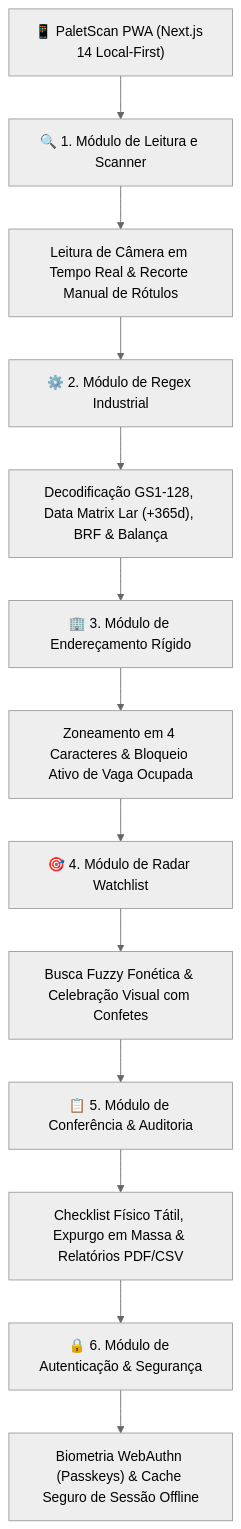
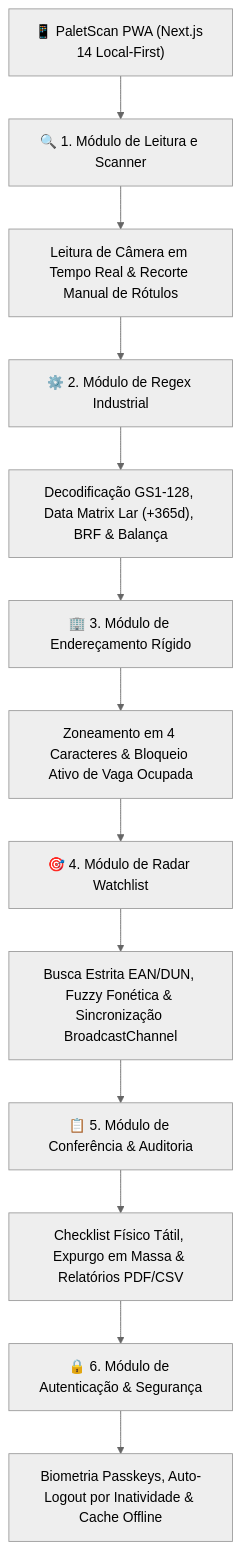
Before and after one commit to NaejBarbosa/paletscan-etl: the diagram in docs/pwa-visao-geral.md, drawn with Mermaid (neutral theme). The commit also changed other lines of this file and 25 other files, not shown here.

````diff
--- a/docs/pwa-visao-geral.md
+++ b/docs/pwa-visao-geral.md
@@ -11,22 +11,22 @@
 ```mermaid
 flowchart TD
     APP["📱 PaletScan PWA (Next.js 14 Local-First)"]
 
     APP --> M1["🔍 1. Módulo de Leitura e Scanner"]
     M1 --> D1["Leitura de Câmera em Tempo Real & Recorte Manual de Rótulos"]
 
     D1 --> M2["⚙️ 2. Módulo de Regex Industrial"]
     M2 --> D2["Decodificação GS1-128, Data Matrix Lar (+365d), BRF & Balança"]
 
     D2 --> M3["🏢 3. Módulo de Endereçamento Rígido"]
     M3 --> D3["Zoneamento em 4 Caracteres & Bloqueio Ativo de Vaga Ocupada"]
 
     D3 --> M4["🎯 4. Módulo de Radar Watchlist"]
-    M4 --> D4["Busca Fuzzy Fonética & Celebração Visual com Confetes"]
+    M4 --> D4["Busca Estrita EAN/DUN, Fuzzy Fonética & Sincronização BroadcastChannel"]
 
     D4 --> M5["📋 5. Módulo de Conferência & Auditoria"]
     M5 --> D5["Checklist Físico Tátil, Expurgo em Massa & Relatórios PDF/CSV"]
 
     D5 --> M6["🔒 6. Módulo de Autenticação & Segurança"]
-    M6 --> D6["Biometria WebAuthn (Passkeys) & Cache Seguro de Sessão Offline"]
+    M6 --> D6["Biometria Passkeys, Auto-Logout por Inatividade & Cache Offline"]
 ```
````
